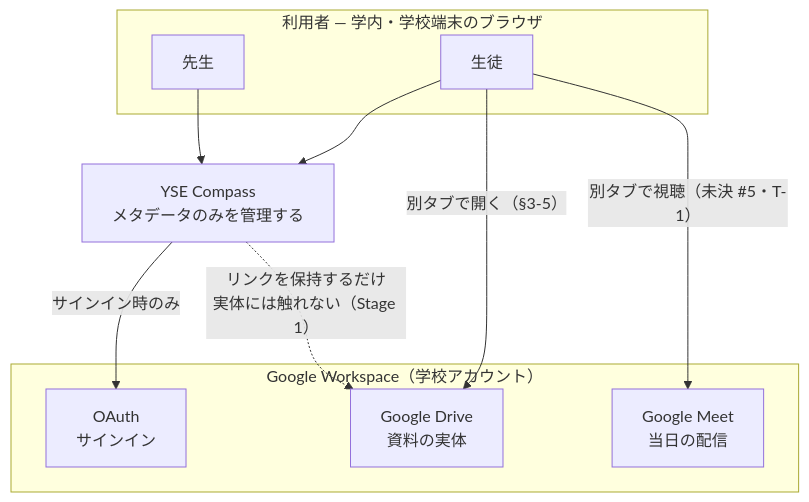
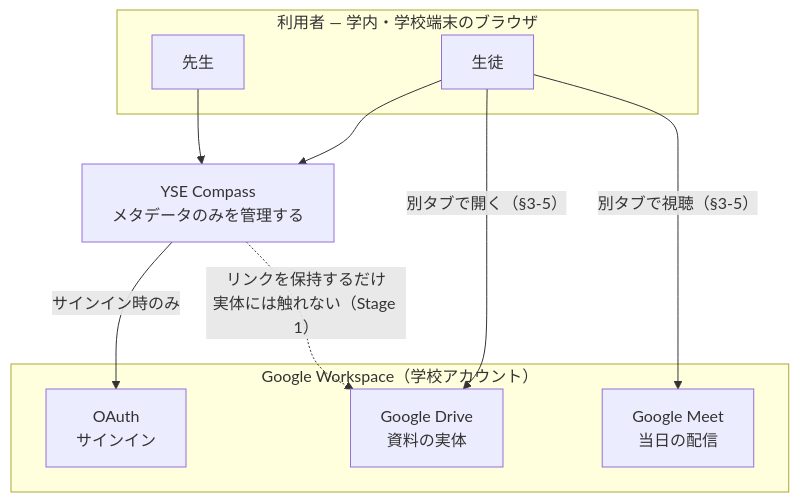
One commit to 250158hj-maker/yse_compass changed the second of 3 diagrams in docs/design/01-overview.md. Above: the diagram before and after it, drawn with Mermaid. The commit also changed other lines of this file and 6 other files, not shown here.

````diff
--- a/docs/design/01-overview.md
+++ b/docs/design/01-overview.md
@@ -151,22 +151,22 @@
 ```mermaid
 flowchart TB
     subgraph Users["利用者 — 学内・学校端末のブラウザ"]
         T["先生"]
         S["生徒"]
     end
 
     APP["YSE Compass<br/>メタデータのみを管理する"]
 
     subgraph GW["Google Workspace（学校アカウント）"]
         OAUTH["OAuth<br/>サインイン"]
         DRIVE["Google Drive<br/>資料の実体"]
         MEET["Google Meet<br/>当日の配信"]
     end
 
     T --> APP
     S --> APP
     APP -->|"サインイン時のみ"| OAUTH
     APP -.->|"リンクを保持するだけ<br/>実体には触れない（Stage 1）"| DRIVE
     S -->|"別タブで開く（§3-5）"| DRIVE
-    S -->|"別タブで視聴（未決 #5・T-1）"| MEET
+    S -->|"別タブで視聴（§3-5）"| MEET
 ```
````
